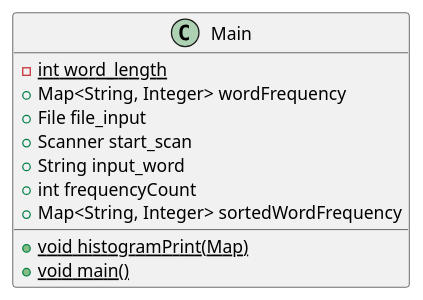
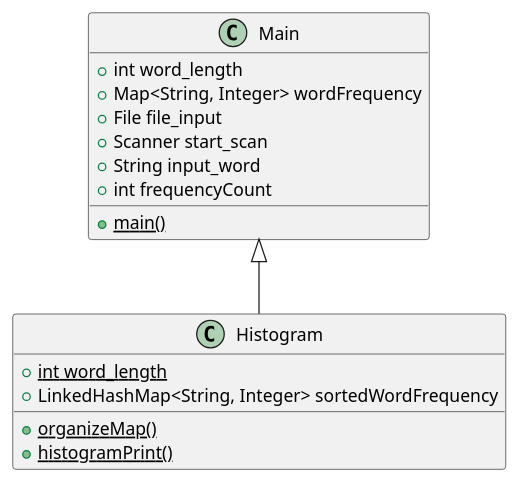
The diagram in src/main/java/ex46/ex46Diagram.puml (salamander5777/Gilday-cop3330-assignment3), drawn with PlantUML before and after one commit. The commit also changed 19 other files, not shown here.

```diff
--- a/src/main/java/ex46/ex46Diagram.puml
+++ b/src/main/java/ex46/ex46Diagram.puml
@@ -1,18 +1,25 @@
 @startuml
 'https://plantuml.com/class-diagram
 
 class Main
+class Histogram
+Main <|-- Histogram
+
+class Histogram {
+    {static} +int word_length
+    +LinkedHashMap<String, Integer> sortedWordFrequency
+    {static} +organizeMap()
+    {static} +histogramPrint()
+}
 
 class Main {
-    {static} -int word_length
+    +int word_length
     +Map<String, Integer> wordFrequency
     +File file_input
     +Scanner start_scan
     +String input_word
     +int frequencyCount
-    +Map<String, Integer> sortedWordFrequency
-    {static} +void histogramPrint(Map)
-    {static} +void main()
+    {static} +main()
 }
 
 @enduml
```
